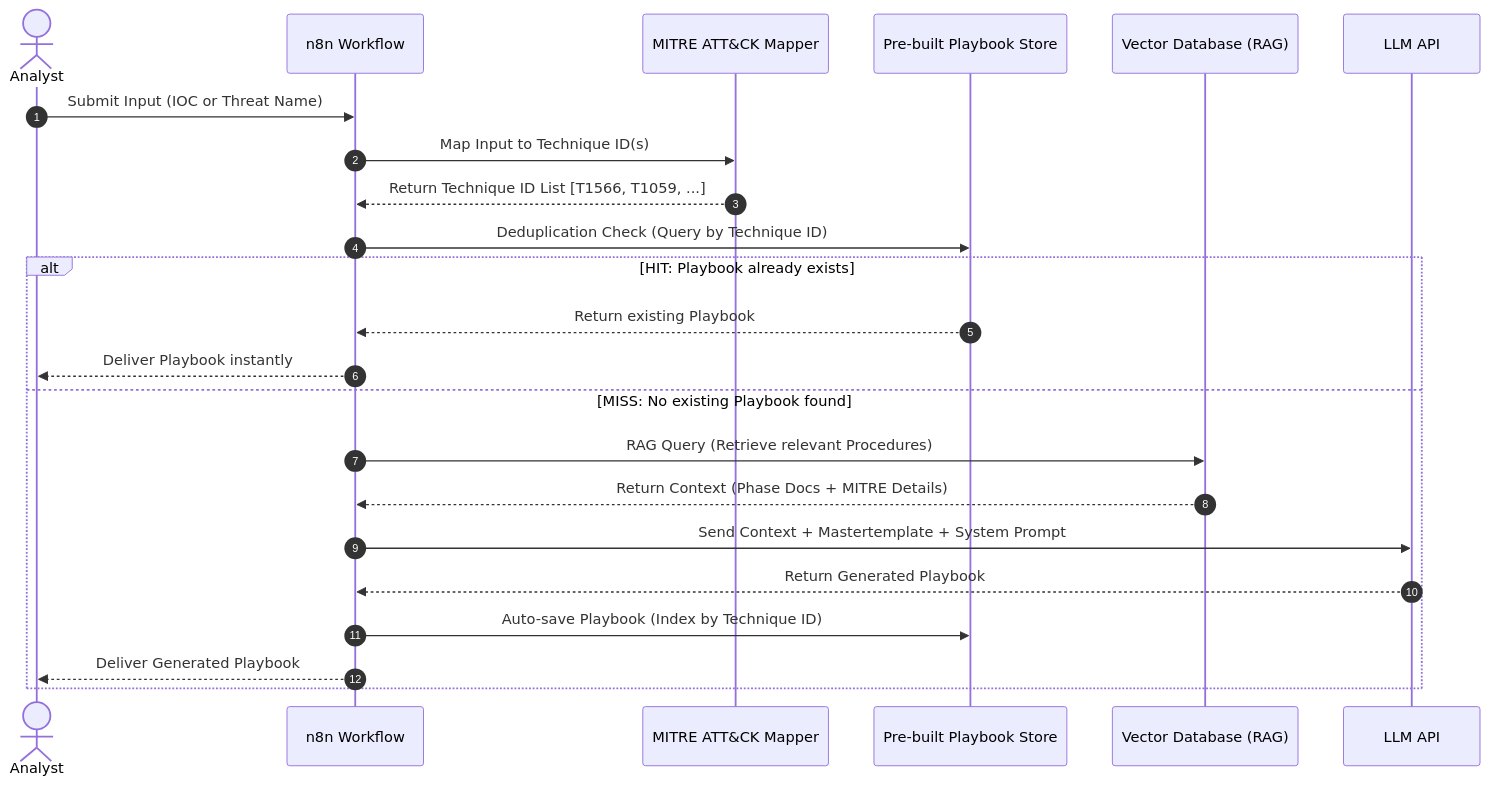
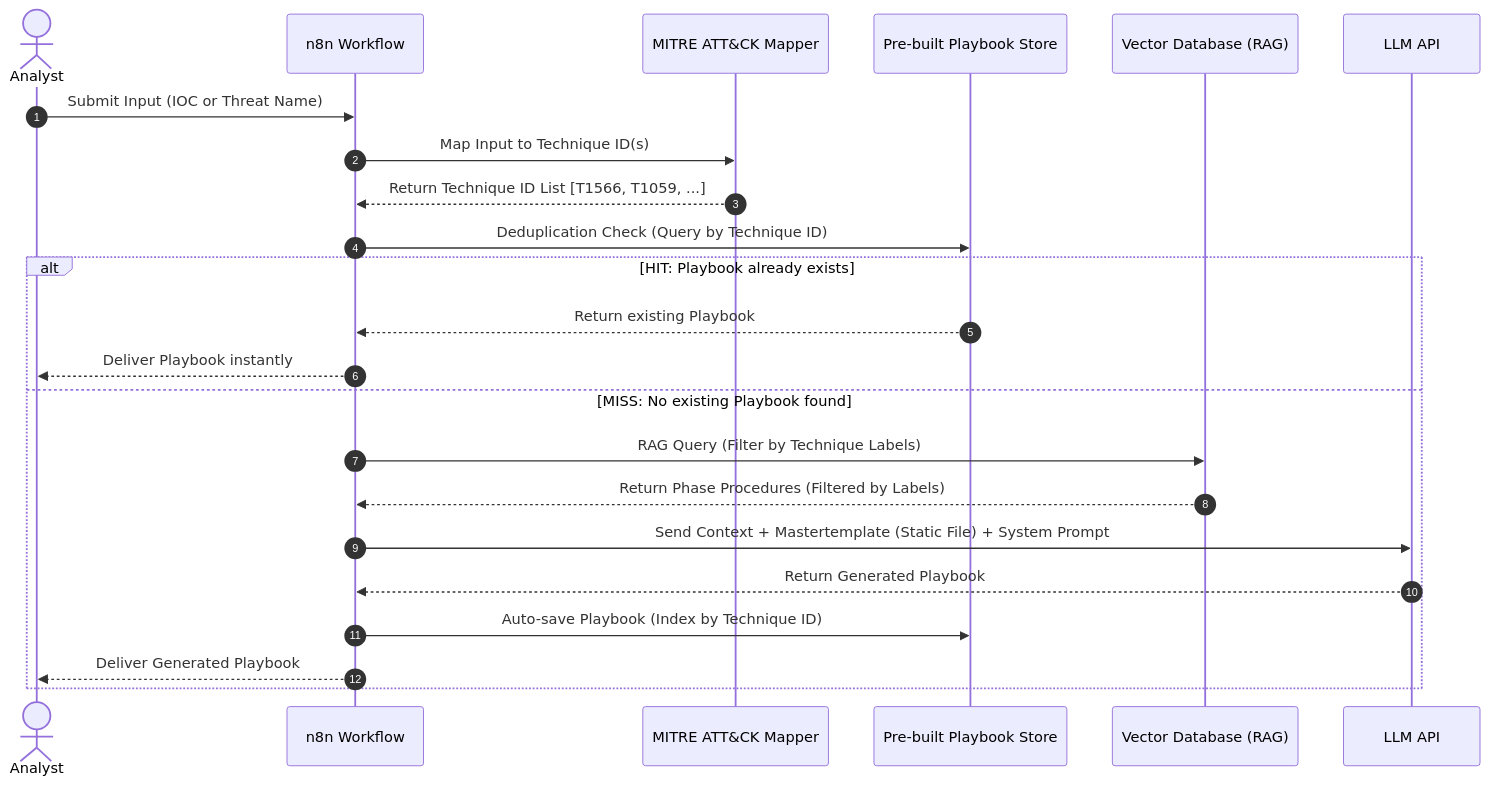
Before and after one commit to Chaithawatcer/omnissiah-playbook-workflow: the seventh of 8 diagrams in architecture.md, drawn with Mermaid. The commit also changed other lines of this file, not shown here.

Commit message:
Update Document Strategy: Mastertemplate as Static File, 5 Phase Docs with Technique Labels in Vector DB

````diff
--- a/architecture.md
+++ b/architecture.md
@@ -195,27 +216,27 @@
 ```mermaid
 sequenceDiagram
     autonumber
     actor Analyst
     participant n8n as n8n Workflow
     participant MITRE as MITRE ATT&CK Mapper
     participant Store as Pre-built Playbook Store
     participant VDB as Vector Database (RAG)
     participant LLM as LLM API
 
     Analyst->>n8n: Submit Input (IOC or Threat Name)
     n8n->>MITRE: Map Input to Technique ID(s)
     MITRE-->>n8n: Return Technique ID List [T1566, T1059, ...]
     n8n->>Store: Deduplication Check (Query by Technique ID)
 
     alt HIT: Playbook already exists
         Store-->>n8n: Return existing Playbook
         n8n-->>Analyst: Deliver Playbook instantly
     else MISS: No existing Playbook found
-        n8n->>VDB: RAG Query (Retrieve relevant Procedures)
-        VDB-->>n8n: Return Context (Phase Docs + MITRE Details)
-        n8n->>LLM: Send Context + Mastertemplate + System Prompt
+        n8n->>VDB: RAG Query (Filter by Technique Labels)
+        VDB-->>n8n: Return Phase Procedures (Filtered by Labels)
+        n8n->>LLM: Send Context + Mastertemplate (Static File) + System Prompt
         LLM-->>n8n: Return Generated Playbook
         n8n->>Store: Auto-save Playbook (Index by Technique ID)
         n8n-->>Analyst: Deliver Generated Playbook
     end
 ```
````
